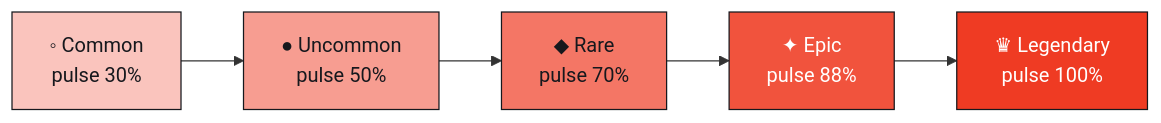
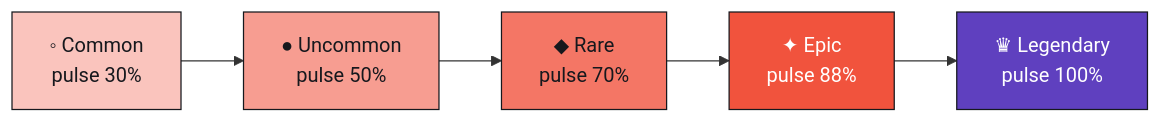
One commit to Ifthikar20/project-gr changed the fourth of 17 diagrams in docs/16-architecture-deep-dive.md. Above: the diagram before and after it, drawn with Mermaid. The commit also changed other lines of this file and 9 other files, not shown here.

````diff
--- a/docs/16-architecture-deep-dive.md
+++ b/docs/16-architecture-deep-dive.md
@@ -221,14 +223,14 @@
 ```mermaid
 flowchart LR
     C["◦ Common<br/>pulse 30%"]:::c
     U["● Uncommon<br/>pulse 50%"]:::u
     R["◆ Rare<br/>pulse 70%"]:::r
     E["✦ Epic<br/>pulse 88%"]:::e
     L["♛ Legendary<br/>pulse 100%"]:::l
     C --> U --> R --> E --> L
     classDef c fill:#FAC4BD,stroke:#16181D,color:#16181D
     classDef u fill:#F79D91,stroke:#16181D,color:#16181D
     classDef r fill:#F47665,stroke:#16181D,color:#16181D
     classDef e fill:#F1533D,stroke:#16181D,color:#FFFFFF
-    classDef l fill:#EF3B23,stroke:#16181D,color:#FFFFFF
+    classDef l fill:#5F40BF,stroke:#16181D,color:#FFFFFF
 ```
````
